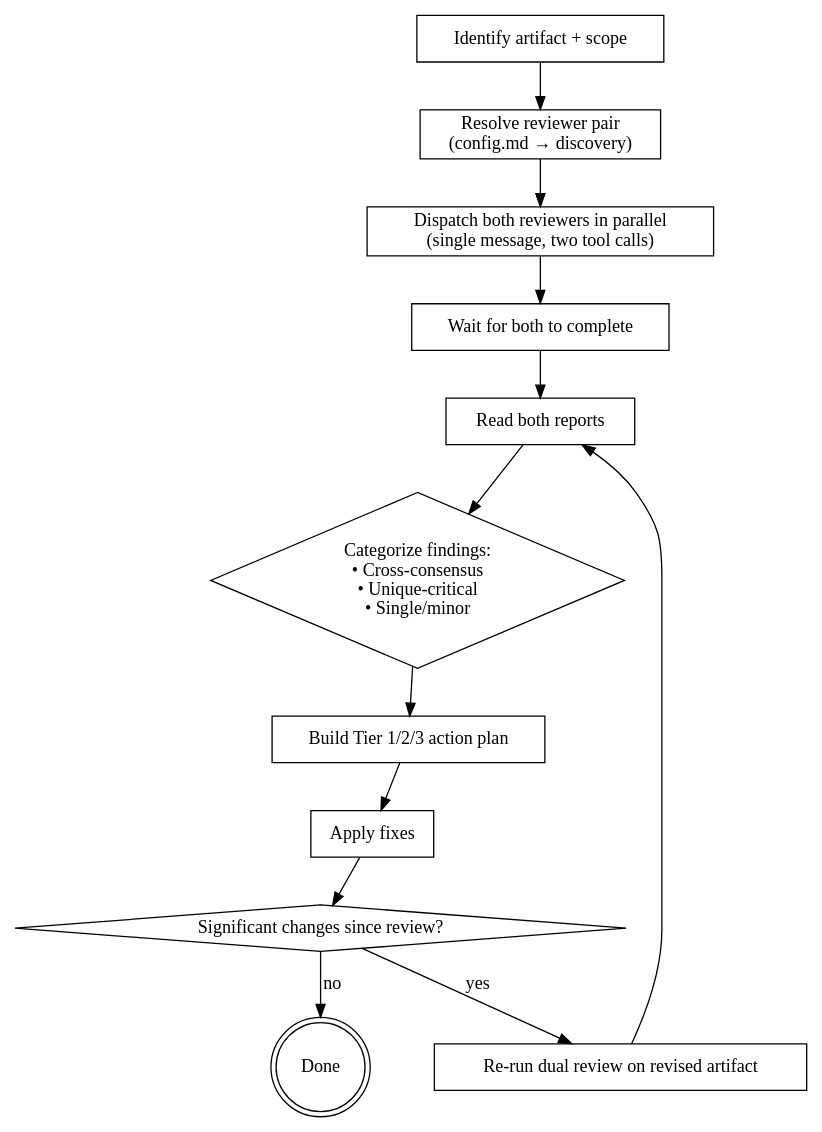
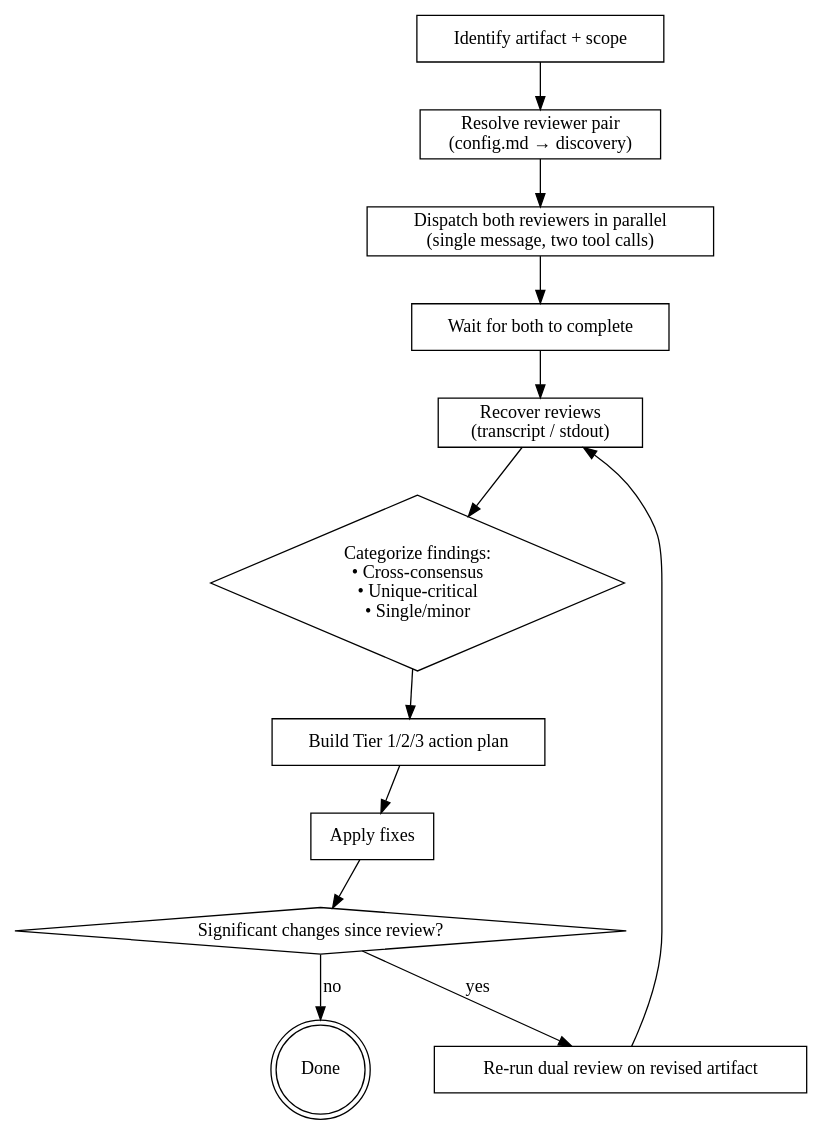
Before and after one commit to hcooch2ch3/dual-review: the diagram in skills/dual-review/SKILL.md, drawn with Graphviz. The commit also changed other lines of this file, not shown here.

First line of the commit message:
feat(dual-review): transcript-based result recovery (nonce markers, fail-closed)

````diff
--- a/skills/dual-review/SKILL.md
+++ b/skills/dual-review/SKILL.md
@@ -132,27 +132,27 @@
 ```dot
 digraph dual_review {
     "Identify artifact + scope" [shape=box];
     "Resolve reviewer pair\n(config.md → discovery)" [shape=box];
     "Dispatch both reviewers in parallel\n(single message, two tool calls)" [shape=box];
     "Wait for both to complete" [shape=box];
-    "Read both reports" [shape=box];
+    "Recover reviews\n(transcript / stdout)" [shape=box];
     "Categorize findings:\n• Cross-consensus\n• Unique-critical\n• Single/minor" [shape=diamond];
     "Build Tier 1/2/3 action plan" [shape=box];
     "Apply fixes" [shape=box];
     "Significant changes since review?" [shape=diamond];
     "Re-run dual review on revised artifact" [shape=box];
     "Done" [shape=doublecircle];
 
     "Identify artifact + scope" -> "Resolve reviewer pair\n(config.md → discovery)";
     "Resolve reviewer pair\n(config.md → discovery)" -> "Dispatch both reviewers in parallel\n(single message, two tool calls)";
     "Dispatch both reviewers in parallel\n(single message, two tool calls)" -> "Wait for both to complete";
-    "Wait for both to complete" -> "Read both reports";
-    "Read both reports" -> "Categorize findings:\n• Cross-consensus\n• Unique-critical\n• Single/minor";
+    "Wait for both to complete" -> "Recover reviews\n(transcript / stdout)";
+    "Recover reviews\n(transcript / stdout)" -> "Categorize findings:\n• Cross-consensus\n• Unique-critical\n• Single/minor";
     "Categorize findings:\n• Cross-consensus\n• Unique-critical\n• Single/minor" -> "Build Tier 1/2/3 action plan";
     "Build Tier 1/2/3 action plan" -> "Apply fixes";
     "Apply fixes" -> "Significant changes since review?";
     "Significant changes since review?" -> "Re-run dual review on revised artifact" [label="yes"];
     "Significant changes since review?" -> "Done" [label="no"];
-    "Re-run dual review on revised artifact" -> "Read both reports";
+    "Re-run dual review on revised artifact" -> "Recover reviews\n(transcript / stdout)";
 }
 ```
````
